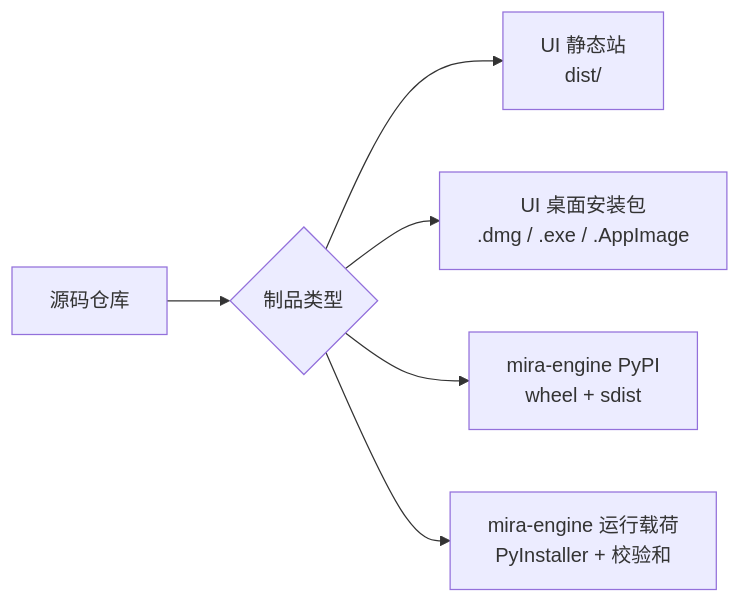
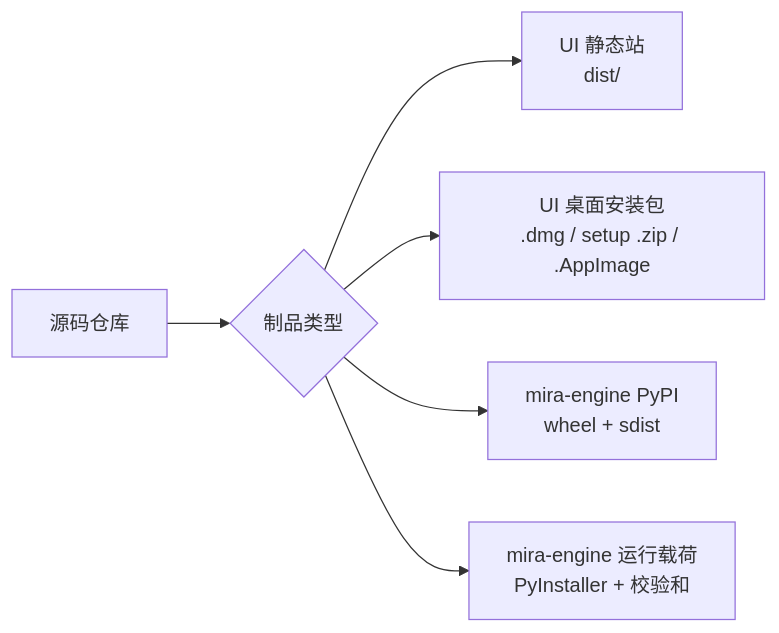
The diagram in docs/deployment/release-and-package.md (MIRA-Intelligence/mira-docs), drawn with Mermaid before and after one commit. The commit also changed other lines of this file and 1 other file, not shown here.

First line of the commit message:
docs: one desktop installer per platform (macOS dmg, Windows setup zip) (#10)

````diff
--- a/docs/deployment/release-and-package.md
+++ b/docs/deployment/release-and-package.md
@@ -17,8 +17,8 @@
 ```mermaid
 flowchart LR
     Code[源码仓库] --> A{制品类型}
     A --> Web["UI 静态站<br/>dist/"]
-    A --> Desktop["UI 桌面安装包<br/>.dmg / .exe / .AppImage"]
+    A --> Desktop["UI 桌面安装包<br/>.dmg / setup .zip / .AppImage"]
     A --> PyPI["mira-engine PyPI<br/>wheel + sdist"]
     A --> Bin["mira-engine 运行载荷<br/>PyInstaller + 校验和"]
 ```
````
